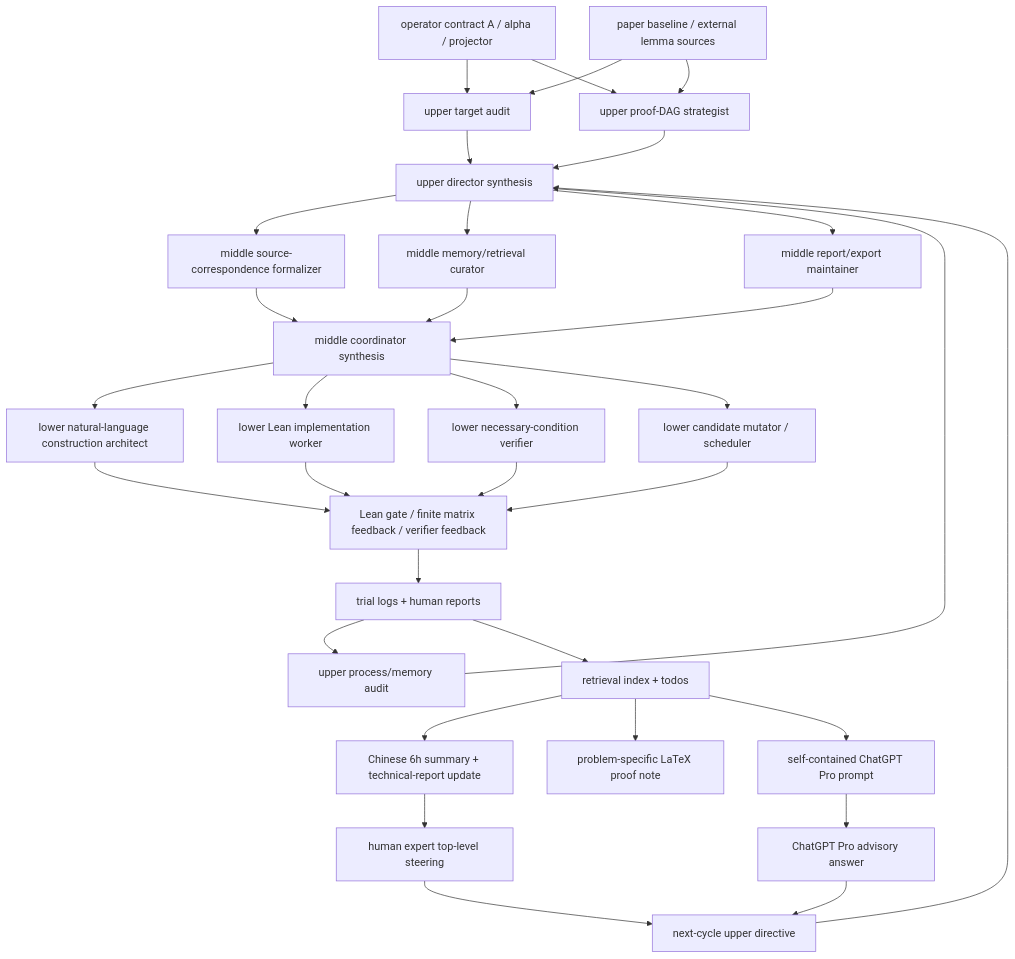
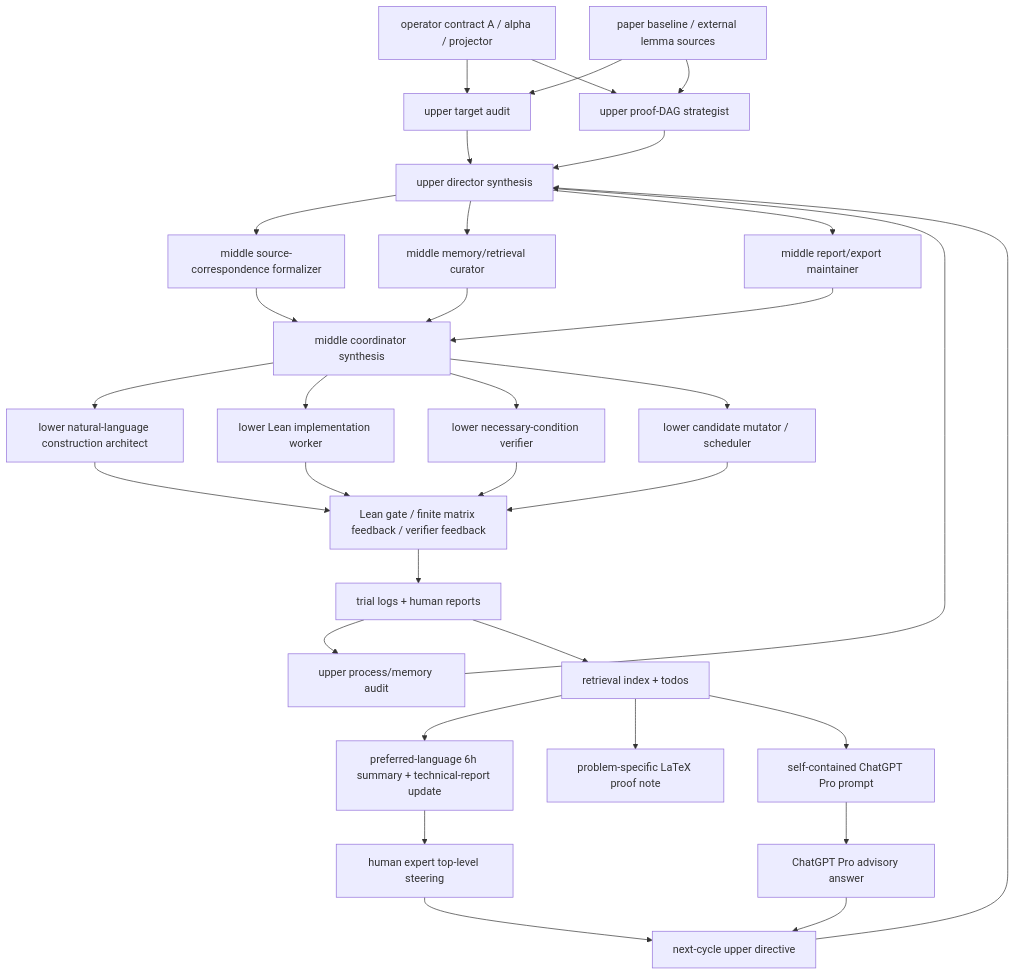
Before and after one commit to DakeBU/Quantum-Computing-Block-Encoding: the second of 2 diagrams in README.md, drawn with Mermaid. The commit also changed other lines of this file and 26 other files, not shown here.

````diff
--- a/README.md
+++ b/README.md
@@ -257,35 +287,35 @@
 ```mermaid
 flowchart TD
   A["operator contract A / alpha / projector"] --> B["upper target audit"]
   S["paper baseline / external lemma sources"] --> B
   S --> C["upper proof-DAG strategist"]
   A --> C["upper proof-DAG strategist"]
   J["trial logs + human reports"] --> D["upper process/memory audit"]
   B --> E["upper director synthesis"]
   C --> E
   D --> E
   E --> F["middle source-correspondence formalizer"]
   E --> G["middle memory/retrieval curator"]
   E --> H["middle report/export maintainer"]
   F --> I["middle coordinator synthesis"]
   G --> I
   H --> I
   I --> M["lower natural-language construction architect"]
   I --> N["lower Lean implementation worker"]
   I --> P["lower necessary-condition verifier"]
   I --> R["lower candidate mutator / scheduler"]
   M --> O["Lean gate / finite matrix feedback / verifier feedback"]
   N --> O
   P --> O
   R --> O
   O --> J
   J --> K["retrieval index + todos"]
-  K --> L["Chinese 6h summary + technical-report update"]
+  K --> L["preferred-language 6h summary + technical-report update"]
   K --> W["problem-specific LaTeX proof note"]
   K --> Q["self-contained ChatGPT Pro prompt"]
   Q --> X["ChatGPT Pro advisory answer"]
   L --> Y["human expert top-level steering"]
   X --> Z["next-cycle upper directive"]
   Y --> Z
   Z --> E
 ```
````
